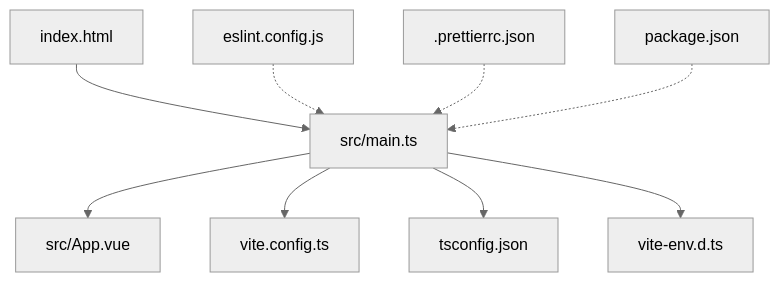
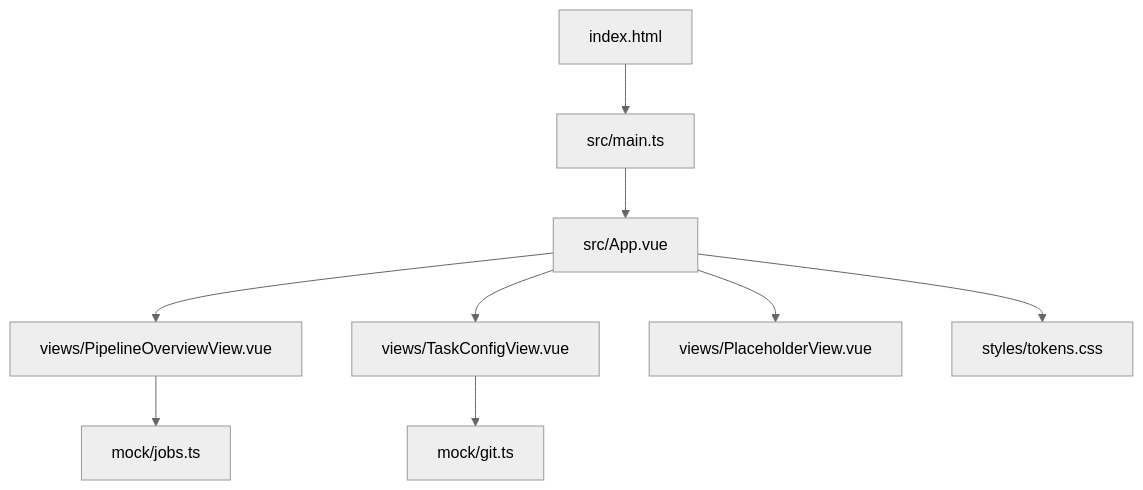
The first of 6 diagrams in .qoder/repowiki/zh/content/核心服务/前端应用.md (Joeyzheng001/LLM-AutoTest), drawn with Mermaid (neutral theme) before and after one commit. The commit also changed other lines of this file and 186 other files, not shown here.

````diff
--- a/.qoder/repowiki/zh/content/核心服务/前端应用.md
+++ b/.qoder/repowiki/zh/content/核心服务/前端应用.md
@@ -45,11 +41,11 @@
 ```mermaid
 graph TB
 A["index.html"] --> B["src/main.ts"]
 B --> C["src/App.vue"]
-B --> D["vite.config.ts"]
-B --> E["tsconfig.json"]
-B --> F["vite-env.d.ts"]
-G["eslint.config.js"] -.-> B
-H[".prettierrc.json"] -.-> B
-I["package.json"] -.-> B
+C --> D["views/PipelineOverviewView.vue"]
+C --> E["views/TaskConfigView.vue"]
+C --> F["views/PlaceholderView.vue"]
+C --> G["styles/tokens.css"]
+D --> H["mock/jobs.ts"]
+E --> I["mock/git.ts"]
 ```
````
